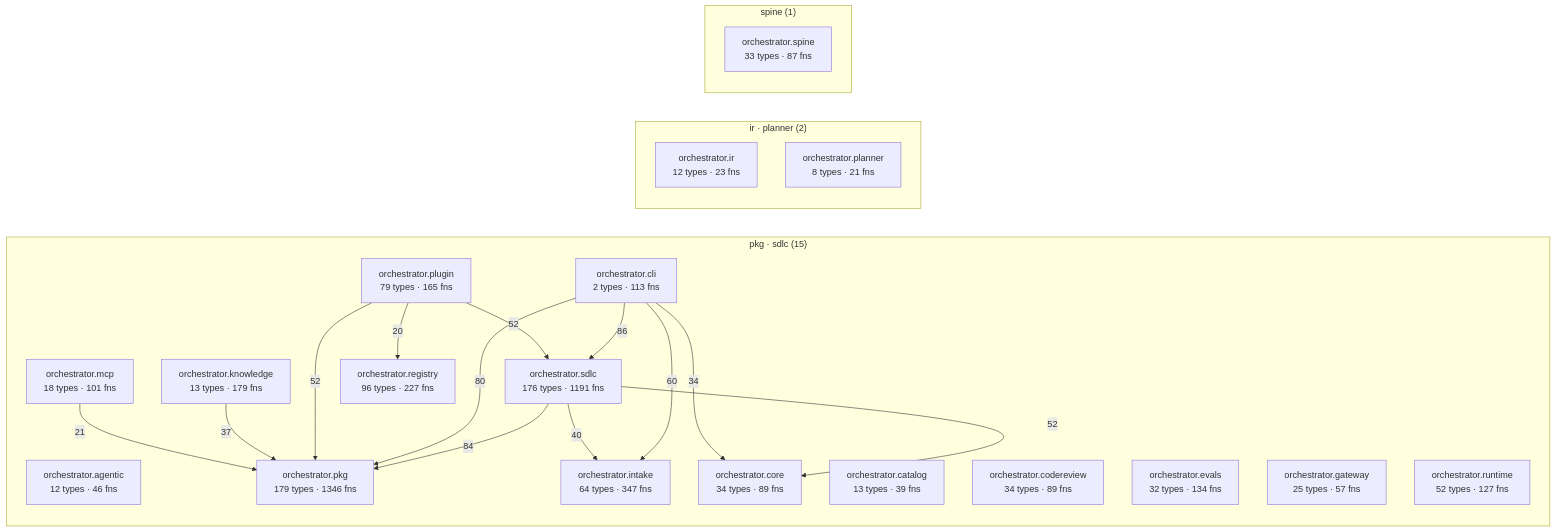
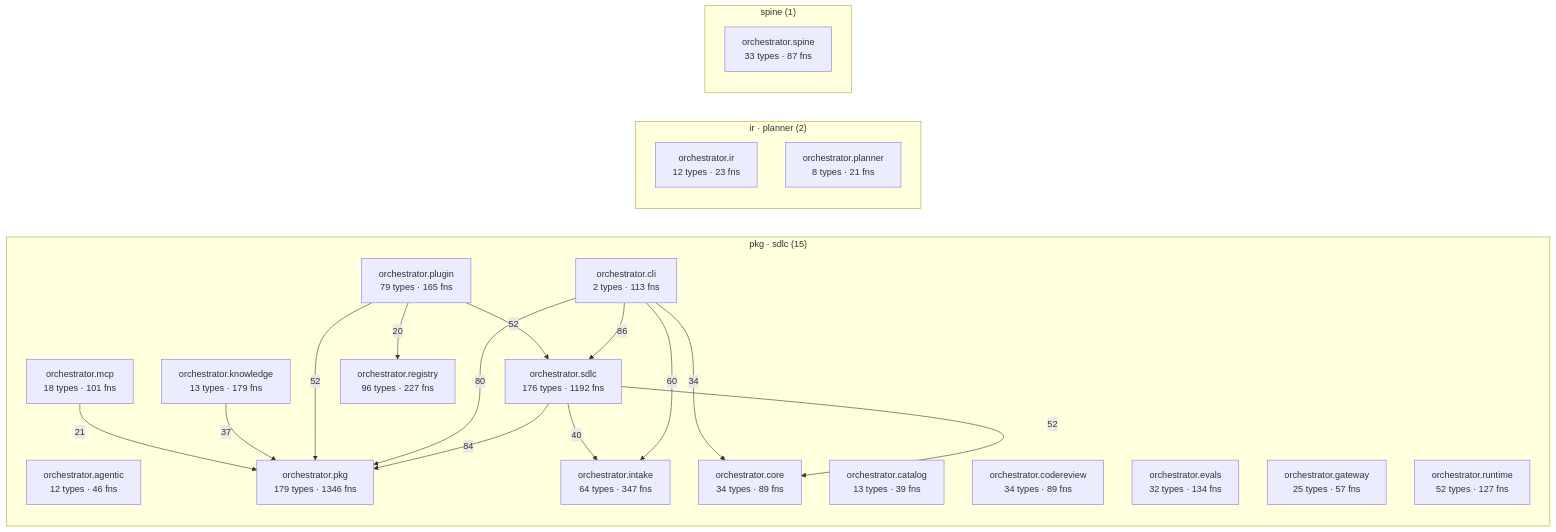
One commit to synaptixs/spine changed the diagram in episteme/architecture.md. Above: the diagram before and after it, drawn with Mermaid. The commit also changed other lines of this file and 6 other files, not shown here.

````diff
--- a/episteme/architecture.md
+++ b/episteme/architecture.md
@@ -56,39 +56,39 @@
 ```mermaid
 flowchart LR
   subgraph c_2["pkg · sdlc (15)"]
     aorchestratoragentic["orchestrator.agentic<br/>12 types · 46 fns"]
     aorchestratorcatalog["orchestrator.catalog<br/>13 types · 39 fns"]
     aorchestratorcli["orchestrator.cli<br/>2 types · 113 fns"]
     aorchestratorcodereview["orchestrator.codereview<br/>34 types · 89 fns"]
     aorchestratorcore["orchestrator.core<br/>34 types · 89 fns"]
     aorchestratorevals["orchestrator.evals<br/>32 types · 134 fns"]
     aorchestratorgateway["orchestrator.gateway<br/>25 types · 57 fns"]
     aorchestratorintake["orchestrator.intake<br/>64 types · 347 fns"]
     aorchestratorknowledge["orchestrator.knowledge<br/>13 types · 179 fns"]
     aorchestratormcp["orchestrator.mcp<br/>18 types · 101 fns"]
     aorchestratorpkg["orchestrator.pkg<br/>179 types · 1346 fns"]
     aorchestratorplugin["orchestrator.plugin<br/>79 types · 165 fns"]
     aorchestratorregistry["orchestrator.registry<br/>96 types · 227 fns"]
     aorchestratorruntime["orchestrator.runtime<br/>52 types · 127 fns"]
-    aorchestratorsdlc["orchestrator.sdlc<br/>176 types · 1191 fns"]
+    aorchestratorsdlc["orchestrator.sdlc<br/>176 types · 1192 fns"]
   end
   subgraph c_5["ir · planner (2)"]
     aorchestratorir["orchestrator.ir<br/>12 types · 23 fns"]
     aorchestratorplanner["orchestrator.planner<br/>8 types · 21 fns"]
   end
   subgraph c_10["spine (1)"]
     aorchestratorspine["orchestrator.spine<br/>33 types · 87 fns"]
   end
   aorchestratorcli -->|86| aorchestratorsdlc
   aorchestratorsdlc -->|84| aorchestratorpkg
   aorchestratorcli -->|80| aorchestratorpkg
   aorchestratorcli -->|60| aorchestratorintake
   aorchestratorplugin -->|52| aorchestratorpkg
   aorchestratorplugin -->|52| aorchestratorsdlc
   aorchestratorsdlc -->|52| aorchestratorcore
   aorchestratorsdlc -->|40| aorchestratorintake
   aorchestratorknowledge -->|37| aorchestratorpkg
   aorchestratorcli -->|34| aorchestratorcore
   aorchestratormcp -->|21| aorchestratorpkg
   aorchestratorplugin -->|20| aorchestratorregistry
 ```
````
